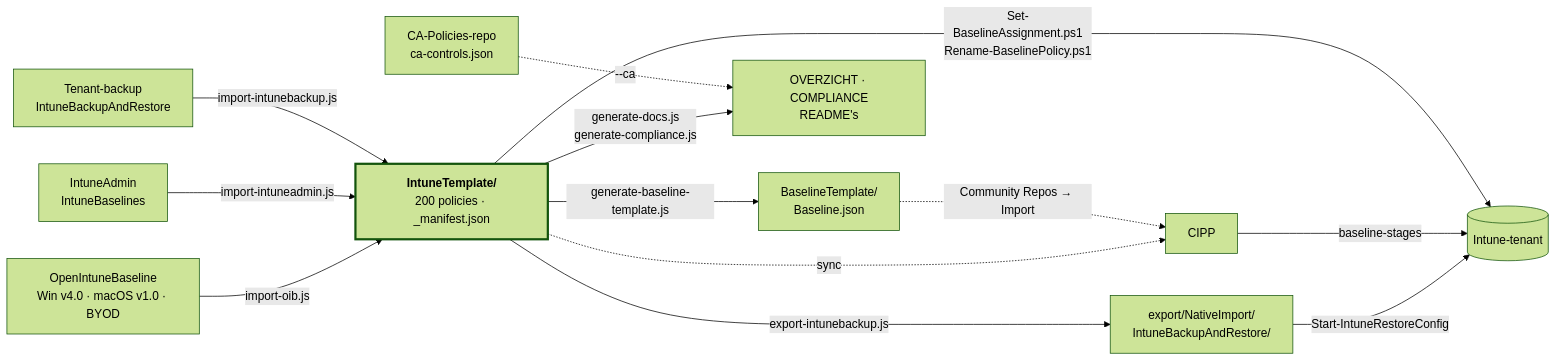
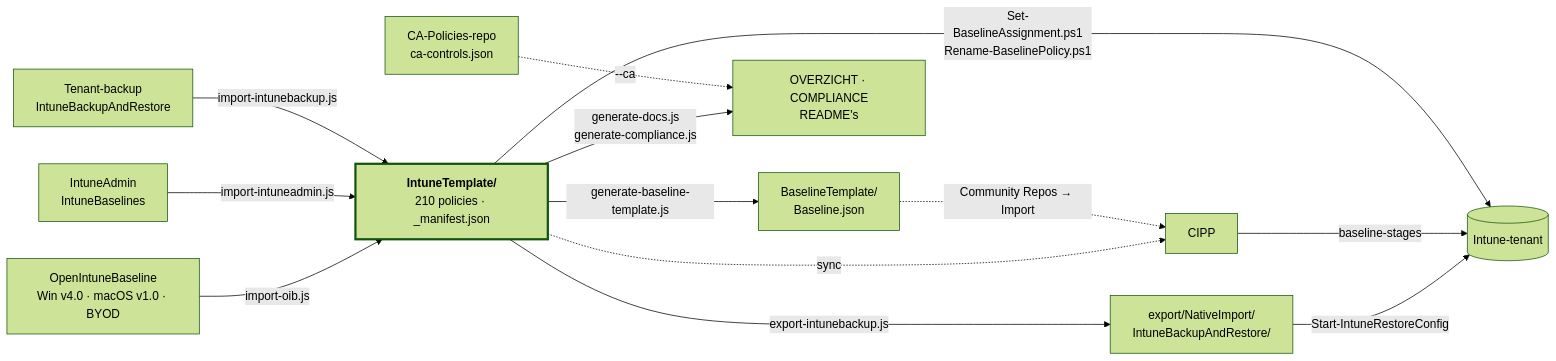
Before and after one commit to sjkanon/IntuneBackup: the diagram in docs/STRUCTUUR.md, drawn with Mermaid (forest theme). The commit also changed other lines of this file and 47 other files, not shown here.

````diff
--- a/docs/STRUCTUUR.md
+++ b/docs/STRUCTUUR.md
@@ -24,21 +24,21 @@
 ```mermaid
 flowchart LR
   OIB["OpenIntuneBaseline<br/>Win v4.0 · macOS v1.0 · BYOD"] -->|import-oib.js| T
   IA["IntuneAdmin<br/>IntuneBaselines"] -->|import-intuneadmin.js| T
   BK["Tenant-backup<br/>IntuneBackupAndRestore"] -->|import-intunebackup.js| T
 
-  T["<b>IntuneTemplate/</b><br/>200 policies · _manifest.json"]
+  T["<b>IntuneTemplate/</b><br/>210 policies · _manifest.json"]
 
   T -->|export-intunebackup.js| EX["export/NativeImport/<br/>IntuneBackupAndRestore/"]
   T -->|generate-baseline-template.js| BT["BaselineTemplate/<br/>Baseline.json"]
   T -->|generate-docs.js<br/>generate-compliance.js| DOC["OVERZICHT · COMPLIANCE<br/>README's"]
   CA["CA-Policies-repo<br/>ca-controls.json"] -.->|--ca| DOC
 
   T -.->|sync| CIPP["CIPP"]
   BT -.->|Community Repos → Import| CIPP
   EX -->|Start-IntuneRestoreConfig| TEN[("Intune-tenant")]
   CIPP -->|baseline-stages| TEN
   T -->|Set-BaselineAssignment.ps1<br/>Rename-BaselinePolicy.ps1| TEN
 
   style T stroke-width:3px
 ```
````
